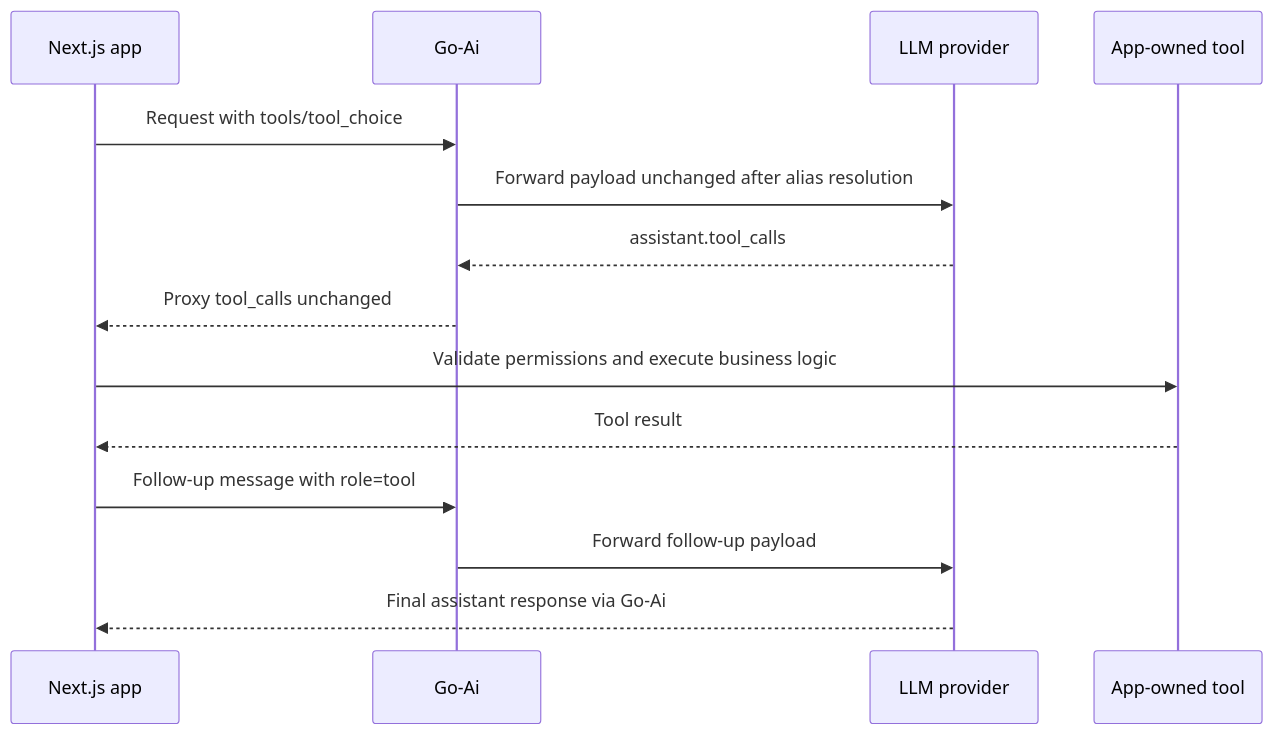
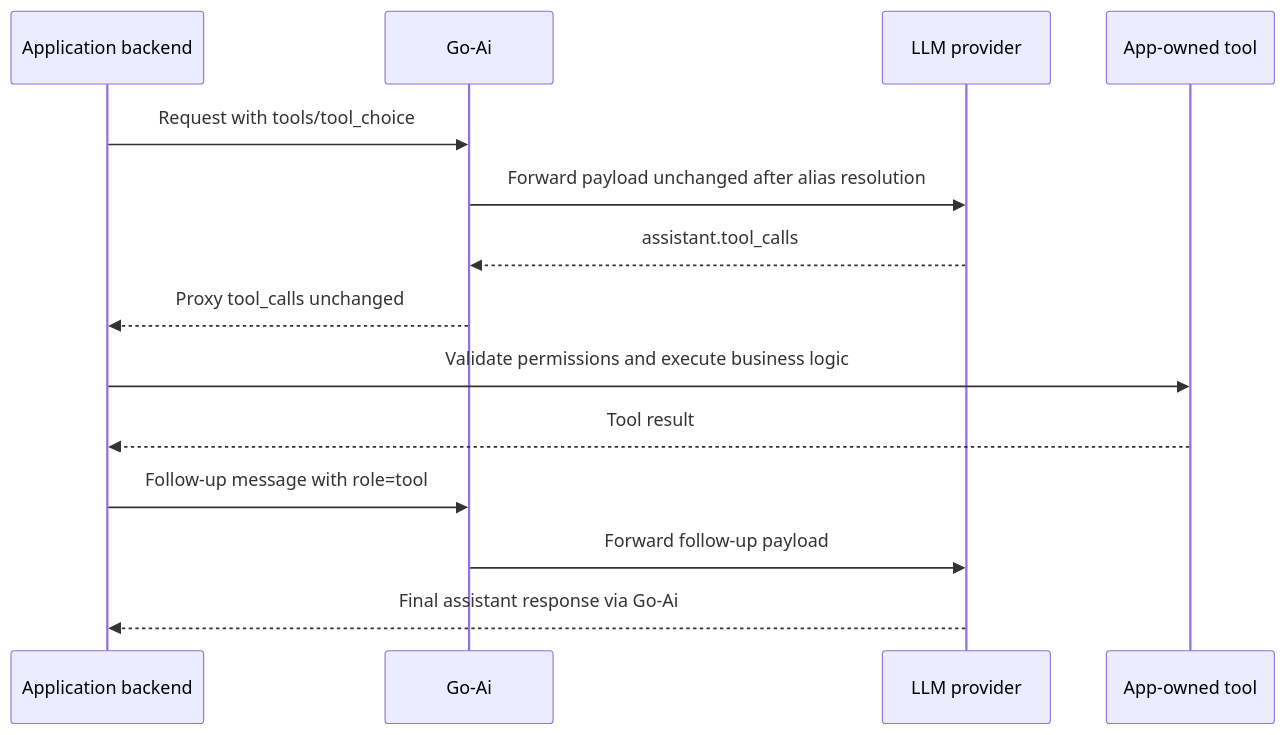
One commit to JakuninOleg/Go-Ai changed the third of 4 diagrams in README.md. Above: the diagram before and after it, drawn with Mermaid. The commit also changed other lines of this file and 7 other files, not shown here.

````diff
--- a/README.md
+++ b/README.md
@@ -215,17 +252,17 @@
 ```mermaid
 sequenceDiagram
-    participant App as Next.js app
+    participant App as Application backend
     participant Gateway as Go-Ai
     participant Provider as LLM provider
     participant Tool as App-owned tool
 
     App->>Gateway: Request with tools/tool_choice
     Gateway->>Provider: Forward payload unchanged after alias resolution
     Provider-->>Gateway: assistant.tool_calls
     Gateway-->>App: Proxy tool_calls unchanged
     App->>Tool: Validate permissions and execute business logic
     Tool-->>App: Tool result
     App->>Gateway: Follow-up message with role=tool
     Gateway->>Provider: Forward follow-up payload
     Provider-->>App: Final assistant response via Go-Ai
 ```
````
